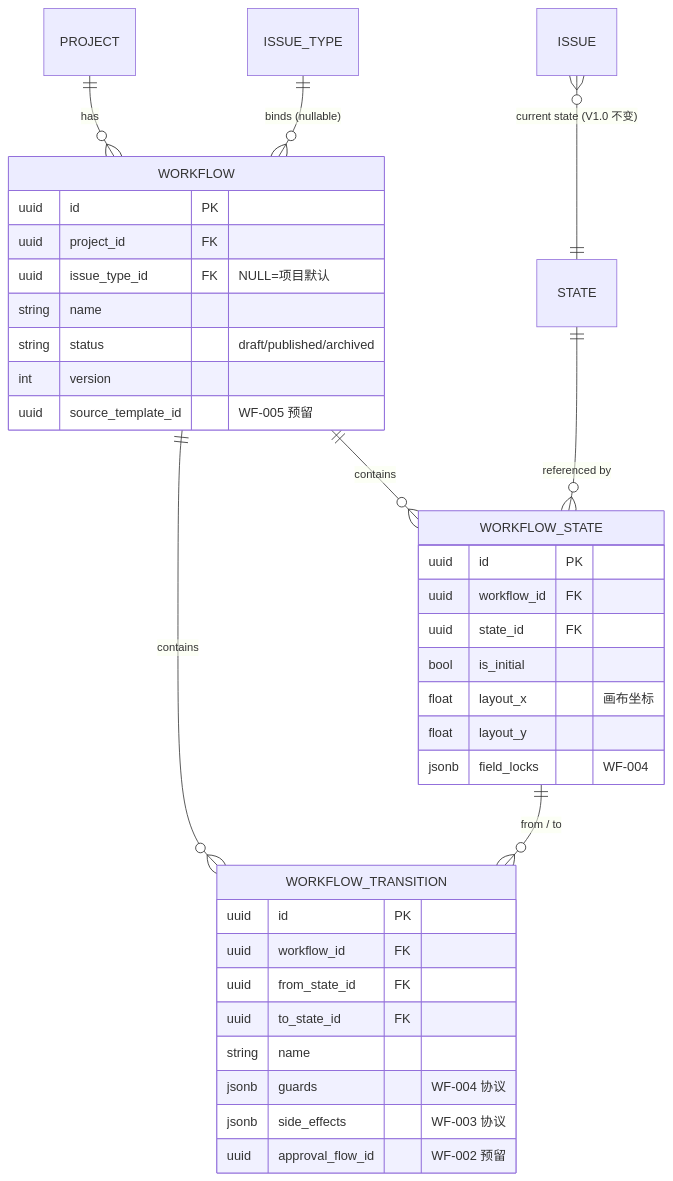
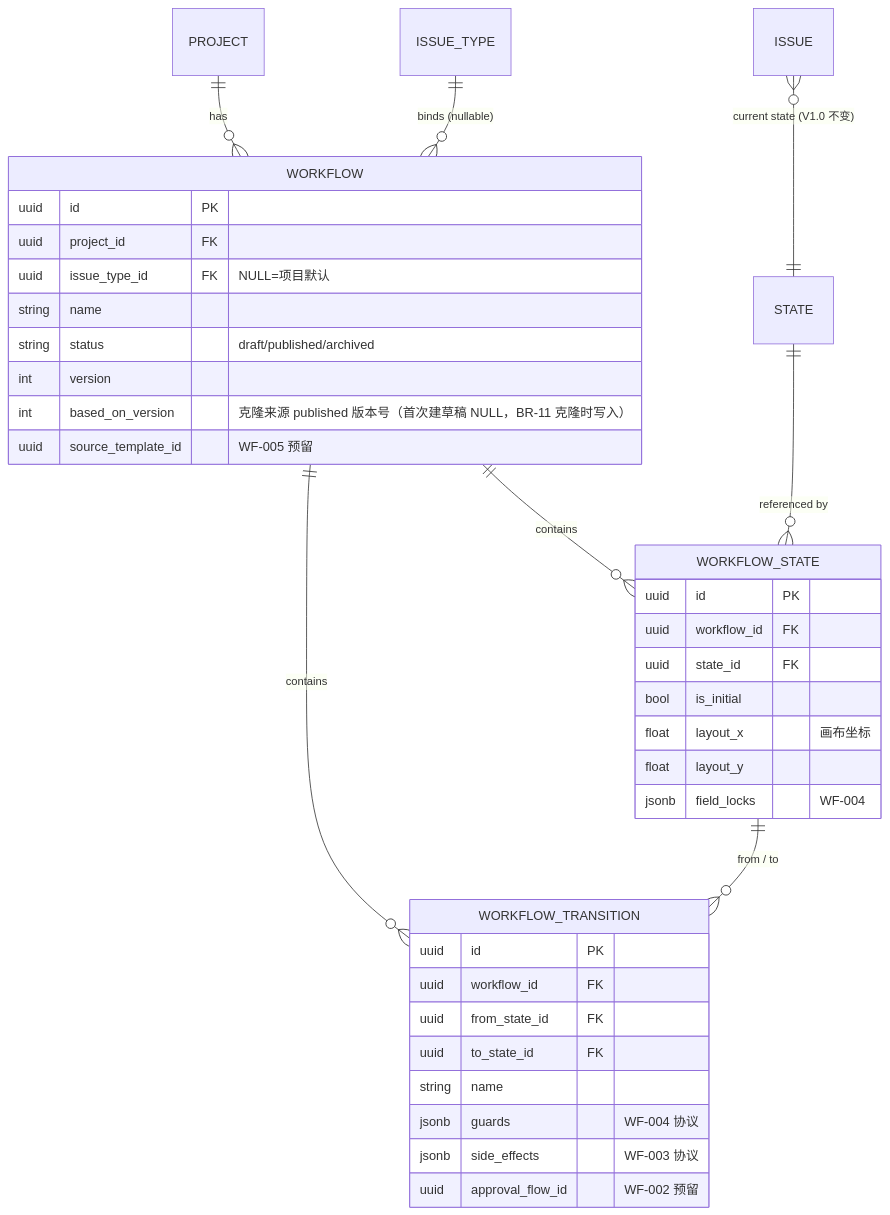
One commit to RabbitAI-Lab/RabbitProjects changed the fourth of 4 diagrams in docs/sprint-7-enterprise-workflow/WF-001-workflow-canvas.md. Above: the diagram before and after it, drawn with Mermaid. The commit also changed other lines of this file and 9 other files, not shown here.

````diff
--- a/docs/sprint-7-enterprise-workflow/WF-001-workflow-canvas.md
+++ b/docs/sprint-7-enterprise-workflow/WF-001-workflow-canvas.md
@@ -276,38 +276,39 @@
 ```mermaid
 erDiagram
     PROJECT ||--o{ WORKFLOW : has
     ISSUE_TYPE ||--o{ WORKFLOW : "binds (nullable)"
     WORKFLOW ||--o{ WORKFLOW_STATE : contains
     WORKFLOW ||--o{ WORKFLOW_TRANSITION : contains
     STATE ||--o{ WORKFLOW_STATE : "referenced by"
     WORKFLOW_STATE ||--o{ WORKFLOW_TRANSITION : "from / to"
     ISSUE }o--|| STATE : "current state (V1.0 不变)"
     WORKFLOW {
         uuid id PK
         uuid project_id FK
         uuid issue_type_id FK "NULL=项目默认"
         string name
         string status "draft/published/archived"
         int version
+        int based_on_version "克隆来源 published 版本号（首次建草稿 NULL，BR-11 克隆时写入）"
         uuid source_template_id "WF-005 预留"
     }
     WORKFLOW_STATE {
         uuid id PK
         uuid workflow_id FK
         uuid state_id FK
         bool is_initial
         float layout_x "画布坐标"
         float layout_y
         jsonb field_locks "WF-004"
     }
     WORKFLOW_TRANSITION {
         uuid id PK
         uuid workflow_id FK
         uuid from_state_id FK
         uuid to_state_id FK
         string name
         jsonb guards "WF-004 协议"
         jsonb side_effects "WF-003 协议"
         uuid approval_flow_id "WF-002 预留"
     }
 ```
````
